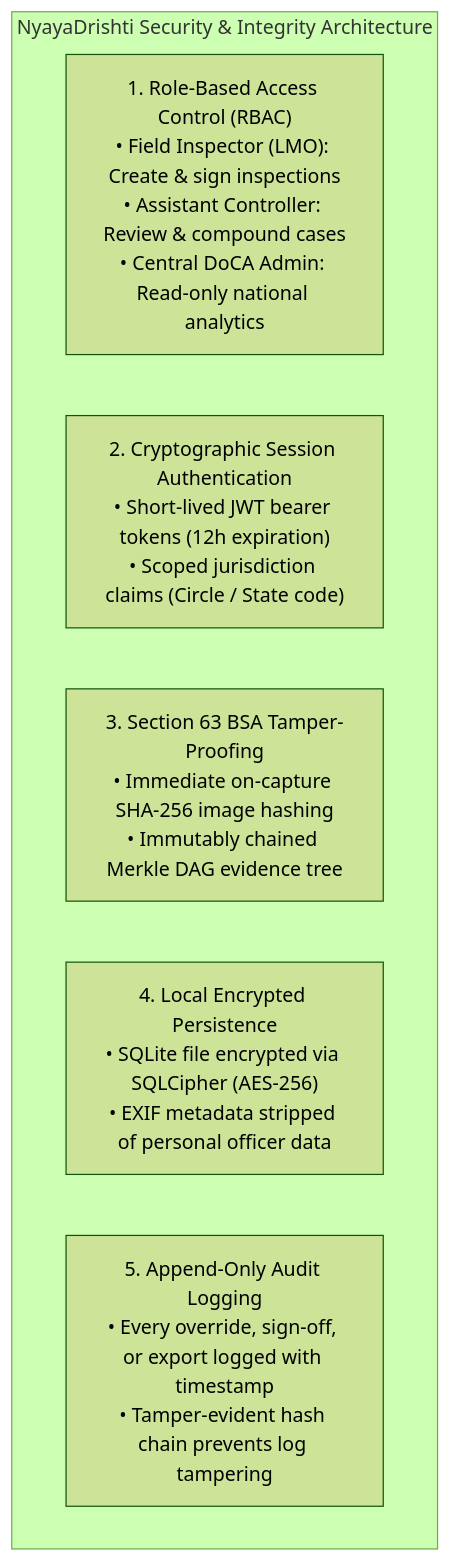
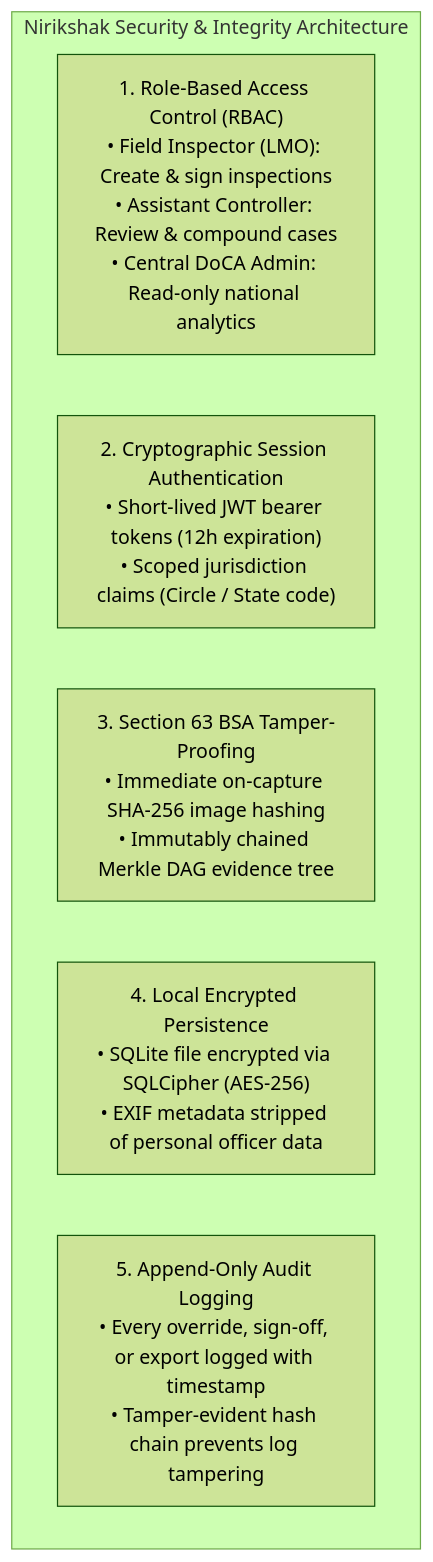
One commit to anonymousgrouphp-collab/sih26034 changed diagram 19 of 27 in docs/research/PHASE_3_Solution_Blueprint.md. Above: the diagram before and after it, drawn with Mermaid (forest theme). The commit also changed other lines of this file and 90 other files, not shown here.

````diff
--- a/docs/research/PHASE_3_Solution_Blueprint.md
+++ b/docs/research/PHASE_3_Solution_Blueprint.md
@@ -1768,10 +1768,10 @@
 ```mermaid
 graph TD
-    subgraph SecurityControls["NyayaDrishti Security & Integrity Architecture"]
+    subgraph SecurityControls["Nirikshak Security & Integrity Architecture"]
         RBAC["1. Role-Based Access Control (RBAC)<br/>• Field Inspector (LMO): Create & sign inspections<br/>• Assistant Controller: Review & compound cases<br/>• Central DoCA Admin: Read-only national analytics"]
         JWT["2. Cryptographic Session Authentication<br/>• Short-lived JWT bearer tokens (12h expiration)<br/>• Scoped jurisdiction claims (Circle / State code)"]
         SHA["3. Section 63 BSA Tamper-Proofing<br/>• Immediate on-capture SHA-256 image hashing<br/>• Immutably chained Merkle DAG evidence tree"]
         Storage["4. Local Encrypted Persistence<br/>• SQLite file encrypted via SQLCipher (AES-256)<br/>• EXIF metadata stripped of personal officer data"]
         Audit["5. Append-Only Audit Logging<br/>• Every override, sign-off, or export logged with timestamp<br/>• Tamper-evident hash chain prevents log tampering"]
     end
 ```
````
